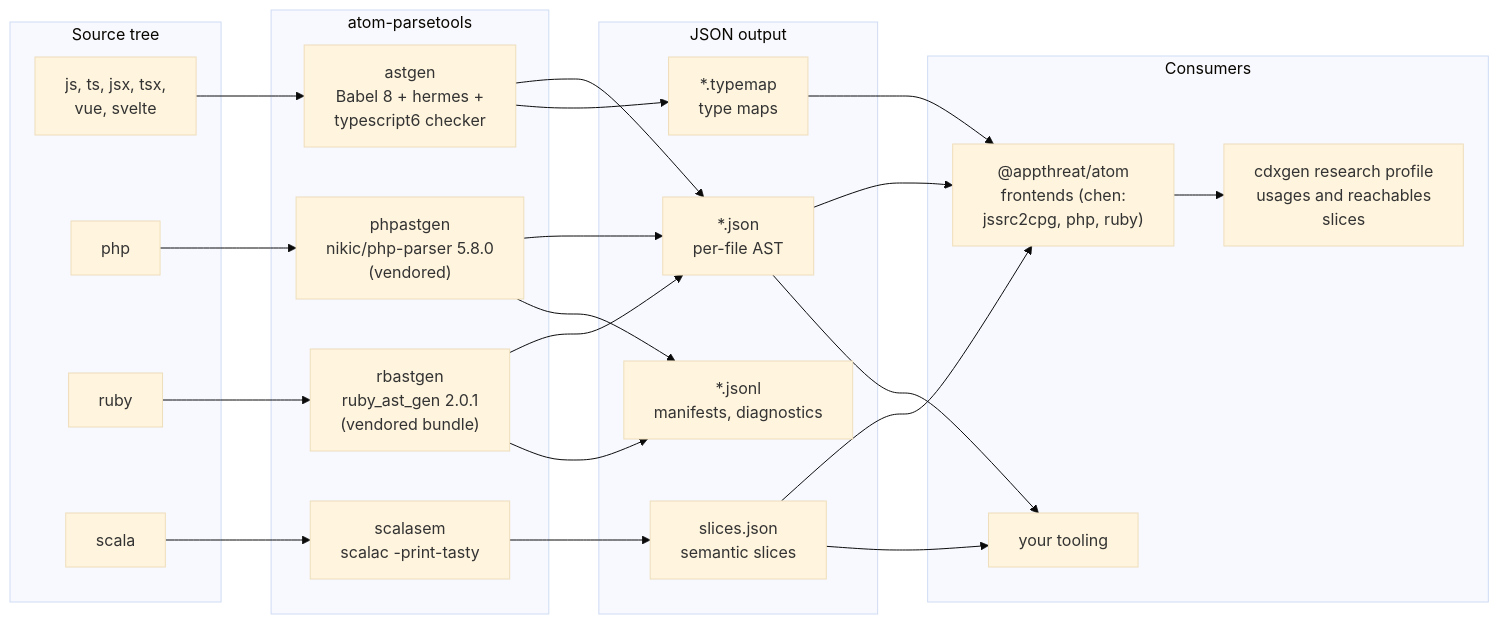
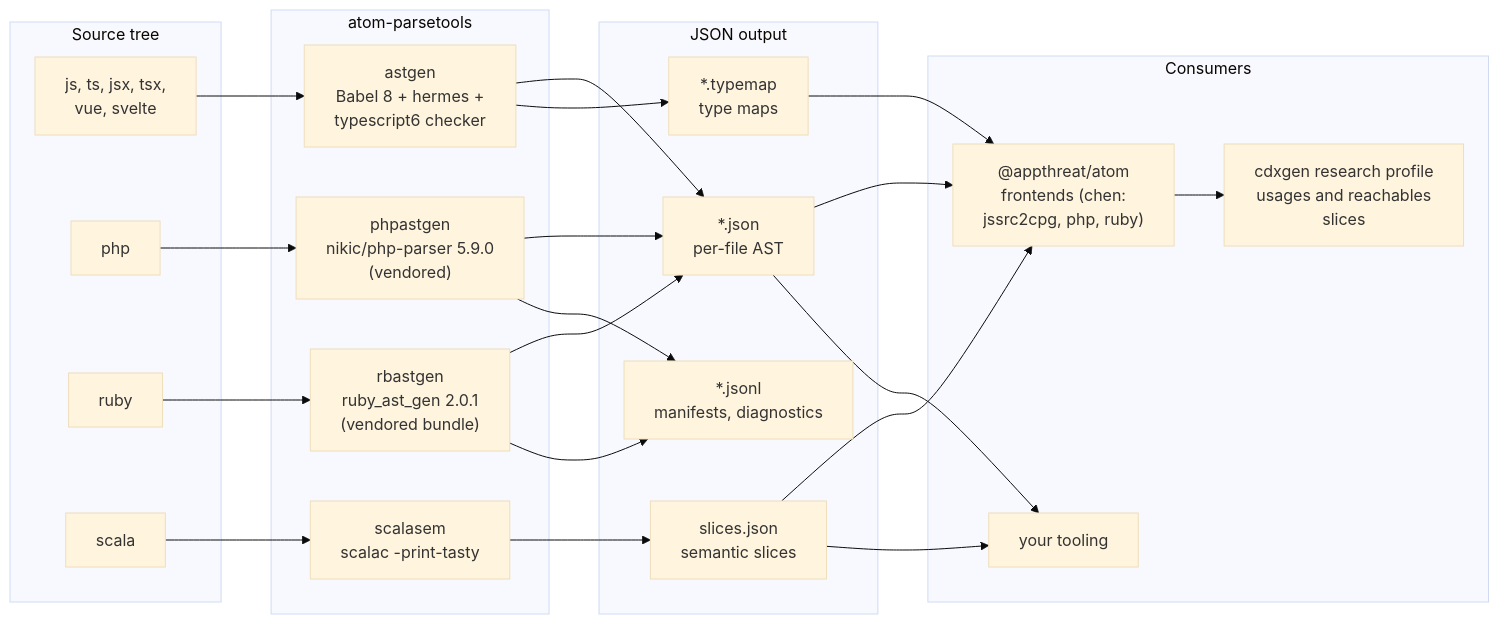
One commit to AppThreat/atom-parsetools changed the diagram in docs/ARCHITECTURE.md. Above: the diagram before and after it, drawn with Mermaid (base theme). The commit also changed 24 other files, not shown here.

````diff
--- a/docs/ARCHITECTURE.md
+++ b/docs/ARCHITECTURE.md
@@ -7,43 +7,43 @@
 ```mermaid
 flowchart LR
     subgraph sources["Source tree"]
         JS["js, ts, jsx, tsx,\nvue, svelte"]
         PHP["php"]
         RB["ruby"]
         SC["scala"]
     end
     subgraph parsetools["atom-parsetools"]
         astgen["astgen\nBabel 8 + hermes +\ntypescript6 checker"]
-        phpastgen["phpastgen\nnikic/php-parser 5.8.0\n(vendored)"]
+        phpastgen["phpastgen\nnikic/php-parser 5.9.0\n(vendored)"]
         rbastgen["rbastgen\nruby_ast_gen 2.0.1\n(vendored bundle)"]
         scalasem["scalasem\nscalac -print-tasty"]
     end
     subgraph output["JSON output"]
         ASTJSON["*.json\nper-file AST"]
         TYPEMAP["*.typemap\ntype maps"]
         SLICES["slices.json\nsemantic slices"]
         JSONL["*.jsonl\nmanifests, diagnostics"]
     end
     subgraph consumers["Consumers"]
         atom["@appthreat/atom\nfrontends (chen:\njssrc2cpg, php, ruby)"]
         cdxgen["cdxgen research profile\nusages and reachables\nslices"]
         yours["your tooling"]
     end
     JS --> astgen
     PHP --> phpastgen
     RB --> rbastgen
     SC --> scalasem
     astgen --> ASTJSON
     astgen --> TYPEMAP
     phpastgen --> ASTJSON
     rbastgen --> ASTJSON
     scalasem --> SLICES
     phpastgen --> JSONL
     rbastgen --> JSONL
     ASTJSON --> atom
     TYPEMAP --> atom
     SLICES --> atom
     atom --> cdxgen
     ASTJSON --> yours
     SLICES --> yours
 ```
````
